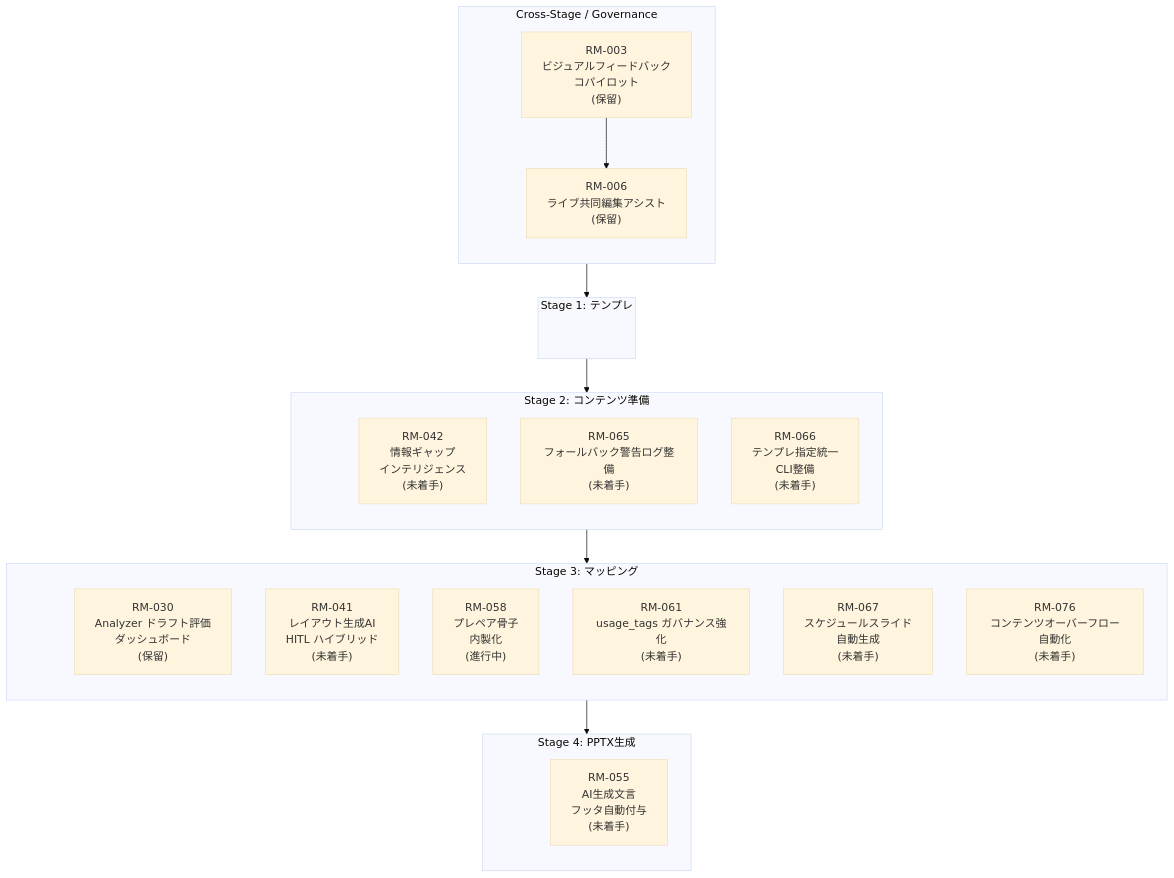
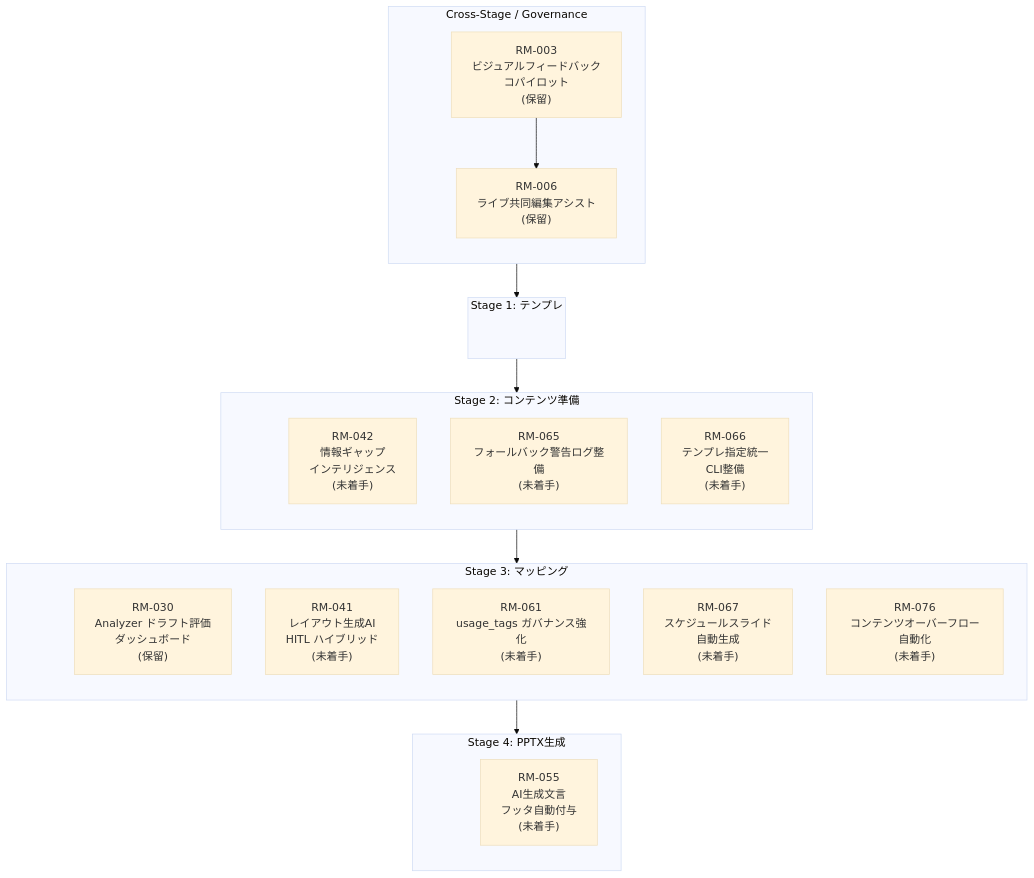
The diagram in docs/roadmap/roadmap.md (yurake/pptx_generator), drawn with Mermaid (base theme) before and after one commit. The commit also changed other lines of this file and 2 other files, not shown here.

````diff
--- a/docs/roadmap/roadmap.md
+++ b/docs/roadmap/roadmap.md
@@ -25,49 +25,48 @@
 ```mermaid
 flowchart TB
     subgraph GOV["Cross-Stage / Governance"]
         direction TB
         GOV_ANCHOR(( ))
         RM003["RM-003<br/>ビジュアルフィードバック<br/>コパイロット<br/>(保留)"]
         RM006["RM-006<br/>ライブ共同編集アシスト<br/>(保留)"]
     end
 
     subgraph ST1["Stage 1: テンプレ"]
         direction TB
         ST1_ANCHOR(( ))
     end
 
     subgraph ST2["Stage 2: コンテンツ準備"]
         direction TB
         ST2_ANCHOR(( ))
         RM042["RM-042<br/>情報ギャップ<br/>インテリジェンス<br/>(未着手)"]
         RM065["RM-065<br/>フォールバック警告ログ整備<br/>(未着手)"]
         RM066["RM-066<br/>テンプレ指定統一<br/>CLI整備<br/>(未着手)"]
     end
 
     subgraph ST3["Stage 3: マッピング"]
         direction TB
         ST3_ANCHOR(( ))
         RM030["RM-030<br/>Analyzer ドラフト評価<br/>ダッシュボード<br/>(保留)"]
         RM041["RM-041<br/>レイアウト生成AI<br/>HITL ハイブリッド<br/>(未着手)"]
-        RM058["RM-058<br/>プレペア骨子<br/>内製化<br/>(進行中)"]
         RM061["RM-061<br/>usage_tags ガバナンス強化<br/>(未着手)"]
         RM067["RM-067<br/>スケジュールスライド<br/>自動生成<br/>(未着手)"]
         RM076["RM-076<br/>コンテンツオーバーフロー自動化<br/>(未着手)"]
     end
 
     subgraph ST4["Stage 4: PPTX生成"]
         direction TB
         ST4_ANCHOR(( ))
         RM055["RM-055<br/>AI生成文言<br/>フッタ自動付与<br/>(未着手)"]
     end
 
     style GOV_ANCHOR fill:transparent,stroke:transparent
     style ST1_ANCHOR fill:transparent,stroke:transparent
     style ST2_ANCHOR fill:transparent,stroke:transparent
     style ST3_ANCHOR fill:transparent,stroke:transparent
     style ST4_ANCHOR fill:transparent,stroke:transparent
 
     GOV_ANCHOR --> ST1_ANCHOR --> ST2_ANCHOR --> ST3_ANCHOR --> ST4_ANCHOR
 
     RM003 --> RM006
 ```
````
